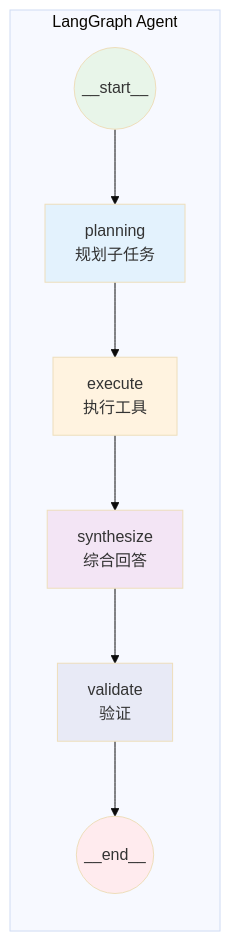
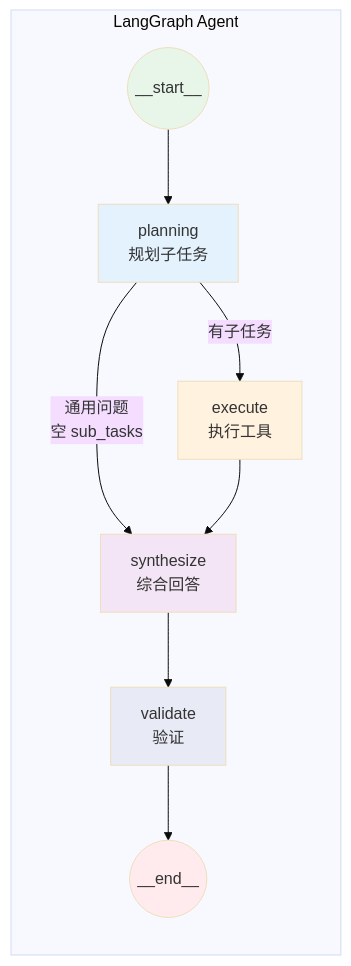
The diagram in docs/AGENT_GRAPH.md (EarthShakers/query-mind), drawn with Mermaid (base theme) before and after one commit. The commit also changed other lines of this file and 14 other files, not shown here.

````diff
--- a/docs/AGENT_GRAPH.md
+++ b/docs/AGENT_GRAPH.md
@@ -7,24 +7,25 @@
 ```mermaid
 flowchart LR
     subgraph Agent["LangGraph Agent"]
         START(("__start__"))
         planning["planning<br/>规划子任务"]
         execute["execute<br/>执行工具"]
         synthesize["synthesize<br/>综合回答"]
         validate["validate<br/>验证"]
-        END(("__end__"))
+        END_NODE(("__end__"))
     end
 
     START --> planning
-    planning --> execute
+    planning -- "有子任务" --> execute
+    planning -- "通用问题<br/>空 sub_tasks" --> synthesize
     execute --> synthesize
     synthesize --> validate
-    validate --> END
+    validate --> END_NODE
 
     style planning fill:#e3f2fd
     style execute fill:#fff3e0
     style synthesize fill:#f3e5f5
     style validate fill:#e8eaf6
     style START fill:#e8f5e9
-    style END fill:#ffebee
+    style END_NODE fill:#ffebee
 ```
````
